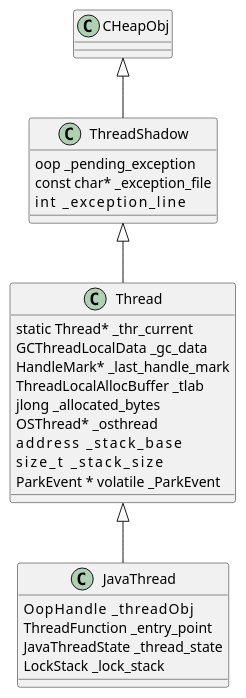
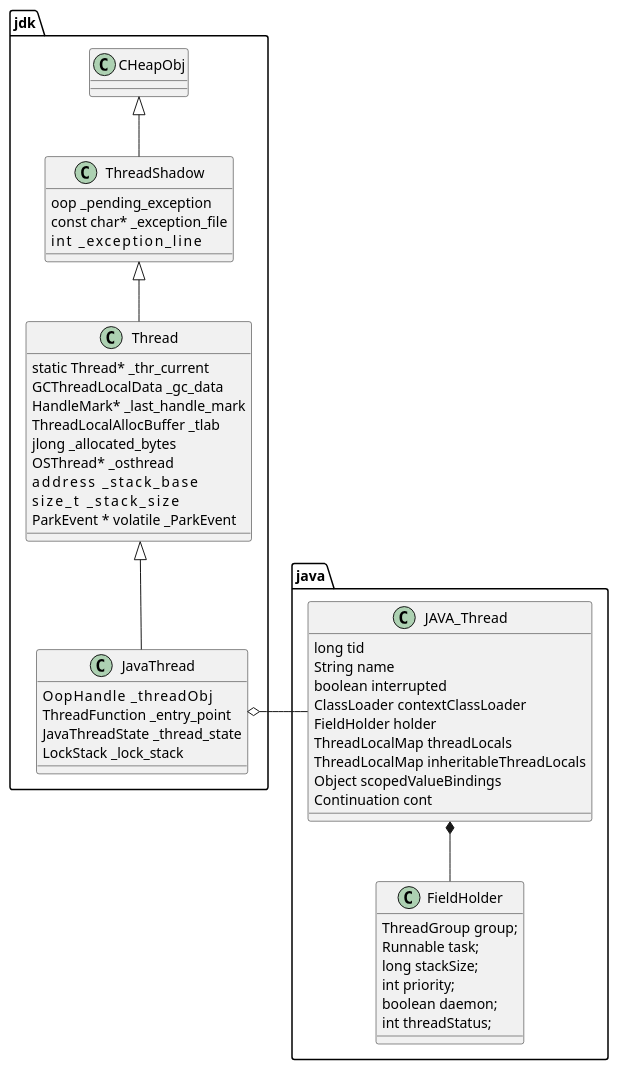
One commit to kevinwang930/kevinwang930.github.io changed the diagram in content/post/java/jvm/thread.md. Above: the diagram before and after it, drawn with PlantUML. The commit also changed other lines of this file and 4 other files, not shown here.

````diff
--- a/content/post/java/jvm/thread.md
+++ b/content/post/java/jvm/thread.md
@@ -19,33 +19,58 @@
 ```plantuml
 
-class CHeapObj {
+package java {
+    class JAVA_Thread {
+        long tid
+        String name
+        boolean interrupted
+        ClassLoader contextClassLoader
+        FieldHolder holder
+        ThreadLocalMap threadLocals
+        ThreadLocalMap inheritableThreadLocals
+        Object scopedValueBindings
+        Continuation cont
+    }
 
+    class FieldHolder {
+        ThreadGroup group;
+         Runnable task;
+         long stackSize;
+         int priority;
+         boolean daemon;
+         int threadStatus;
+    }
+    JAVA_Thread *-- FieldHolder
 }
+
+package jdk {
+class CHeapObj {}
 class ThreadShadow extends CHeapObj {
     oop _pending_exception
     const char* _exception_file
     int         _exception_line
 }
 
 class Thread extends ThreadShadow {
     static Thread* _thr_current
     GCThreadLocalData _gc_data
     HandleMark* _last_handle_mark
     ThreadLocalAllocBuffer _tlab
     jlong _allocated_bytes
     OSThread* _osthread
     address          _stack_base
     size_t           _stack_size
     ParkEvent * volatile _ParkEvent
 } 
 
 class JavaThread extends Thread {
     OopHandle      _threadObj
     ThreadFunction _entry_point
     JavaThreadState _thread_state
     LockStack _lock_stack
 }
+}
 
 
+JavaThread o-right- JAVA_Thread
 
 ```
````
